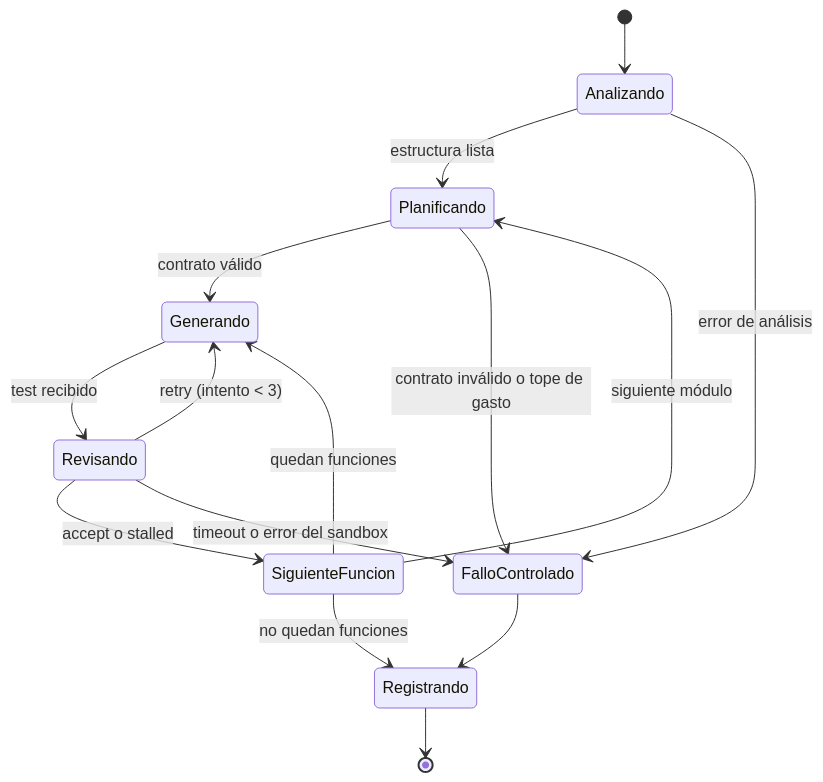
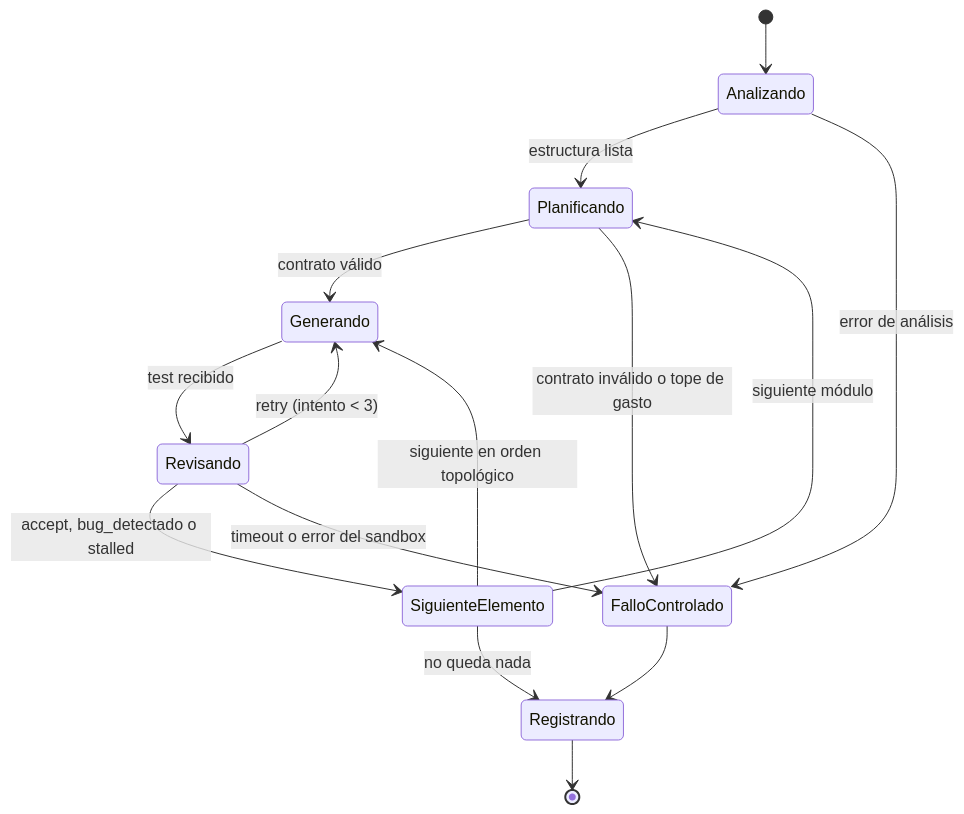
One commit to AngelOncoy/QAgent changed the sixth of 9 diagrams in docs/arquitectura.md. Above: the diagram before and after it, drawn with Mermaid. The commit also changed other lines of this file, not shown here.

````diff
--- a/docs/arquitectura.md
+++ b/docs/arquitectura.md
@@ -172,17 +257,17 @@
 ```mermaid
 stateDiagram-v2
     [*] --> Analizando
     Analizando --> Planificando: estructura lista
     Analizando --> FalloControlado: error de análisis
     Planificando --> Generando: contrato válido
     Planificando --> FalloControlado: contrato inválido o tope de gasto
     Generando --> Revisando: test recibido
     Revisando --> Generando: retry (intento < 3)
-    Revisando --> SiguienteFuncion: accept o stalled
+    Revisando --> SiguienteElemento: accept, bug_detectado o stalled
     Revisando --> FalloControlado: timeout o error del sandbox
-    SiguienteFuncion --> Generando: quedan funciones
-    SiguienteFuncion --> Planificando: siguiente módulo
-    SiguienteFuncion --> Registrando: no quedan funciones
+    SiguienteElemento --> Generando: siguiente en orden topológico
+    SiguienteElemento --> Planificando: siguiente módulo
+    SiguienteElemento --> Registrando: no queda nada
     FalloControlado --> Registrando
     Registrando --> [*]
 ```
````
